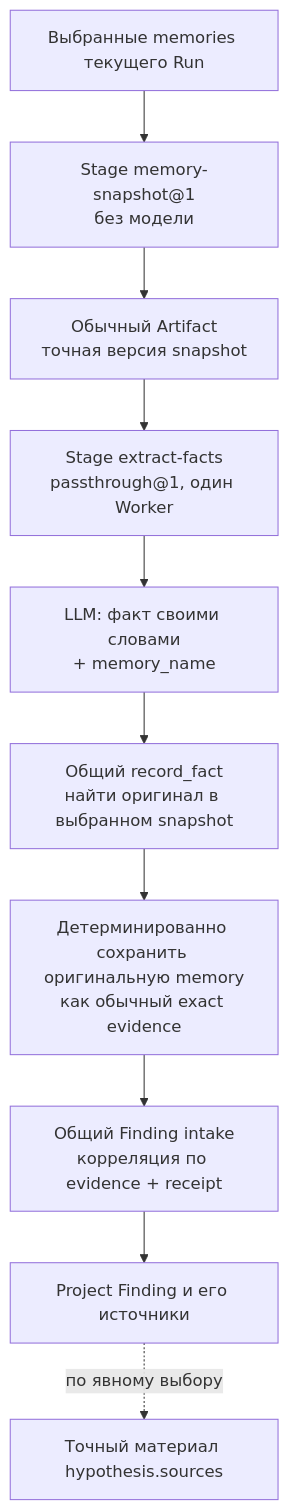
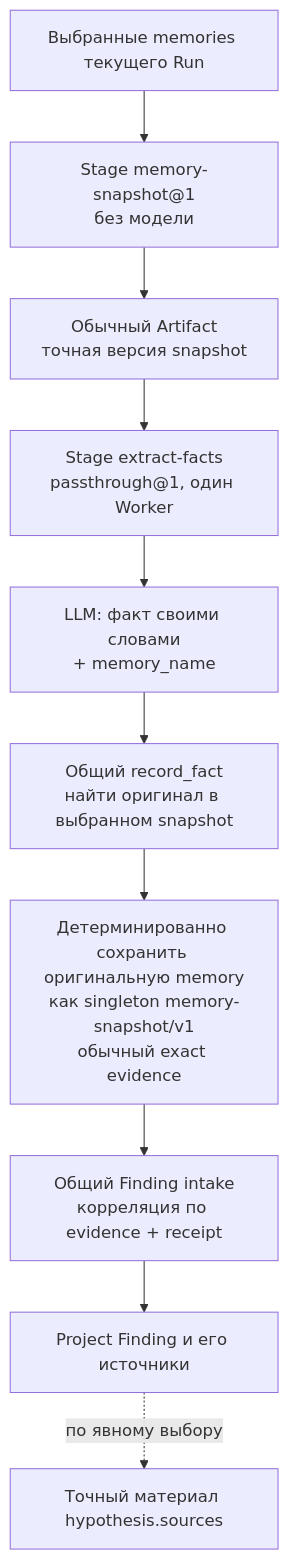
The fourth of 7 diagrams in docs/proposals/0055-project-facts-through-findings.md (grauwolf32/contractor), drawn with Mermaid before and after one commit. The commit also changed other lines of this file and 46 other files, not shown here.

````diff
--- a/docs/proposals/0055-project-facts-through-findings.md
+++ b/docs/proposals/0055-project-facts-through-findings.md
@@ -211,12 +211,12 @@
 ```mermaid
 flowchart TD
     M["Выбранные memories текущего Run"] --> S["Stage memory-snapshot@1<br/>без модели"]
     S --> A["Обычный Artifact<br/>точная версия snapshot"]
     A --> T["Stage extract-facts<br/>passthrough@1, один Worker"]
     T --> W["LLM: факт своими словами<br/>+ memory_name"]
     W --> R["Общий record_fact<br/>найти оригинал в выбранном snapshot"]
-    R --> E["Детерминированно сохранить оригинальную memory<br/>как обычный exact evidence"]
+    R --> E["Детерминированно сохранить оригинальную memory<br/>как singleton memory-snapshot/v1<br/>обычный exact evidence"]
     E --> F["Общий Finding intake<br/>корреляция по evidence + receipt"]
     F --> P["Project Finding и его источники"]
     P -.->|"по явному выбору"| H["Точный материал hypothesis.sources"]
 ```
````
